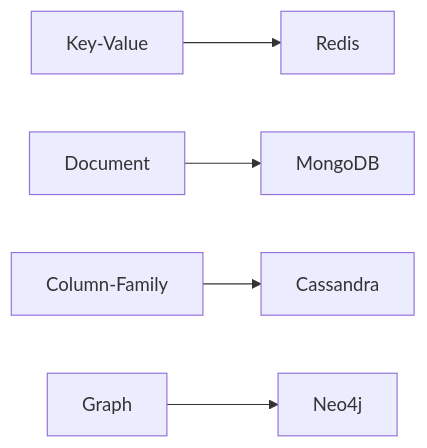
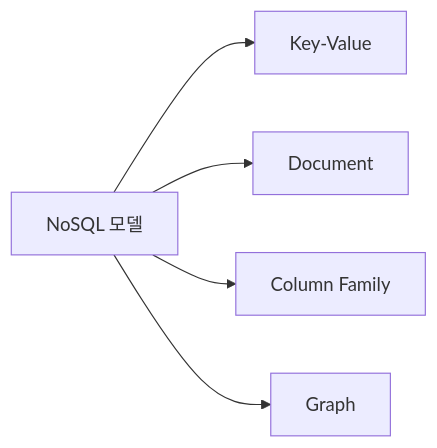
One commit to yjkim2015/yjkim2015.github.io changed the first of 7 diagrams in _posts/nosql/2026-05-03-nosql-comparison.md. Above: the diagram before and after it, drawn with Mermaid. The commit also changed other lines of this file and 245 other files, not shown here.

First line of the commit message:
Mermaid 다이어그램 전면 수정 + 면접 포인트 접기/펼치기 + DB 데드락 페이지

````diff
--- a/_posts/nosql/2026-05-03-nosql-comparison.md
+++ b/_posts/nosql/2026-05-03-nosql-comparison.md
@@ -22,7 +22,7 @@
 ```mermaid
 graph LR
-    KV["Key-Value"] --> R["Redis"]
-    DOC["Document"] --> M["MongoDB"]
-    CF["Column-Family"] --> C["Cassandra"]
-    GR["Graph"] --> N["Neo4j"]
+    NS["NoSQL 모델"] --> KV["Key-Value"]
+    NS --> DOC["Document"]
+    NS --> CF["Column Family"]
+    NS --> GR["Graph"]
 ```
````
